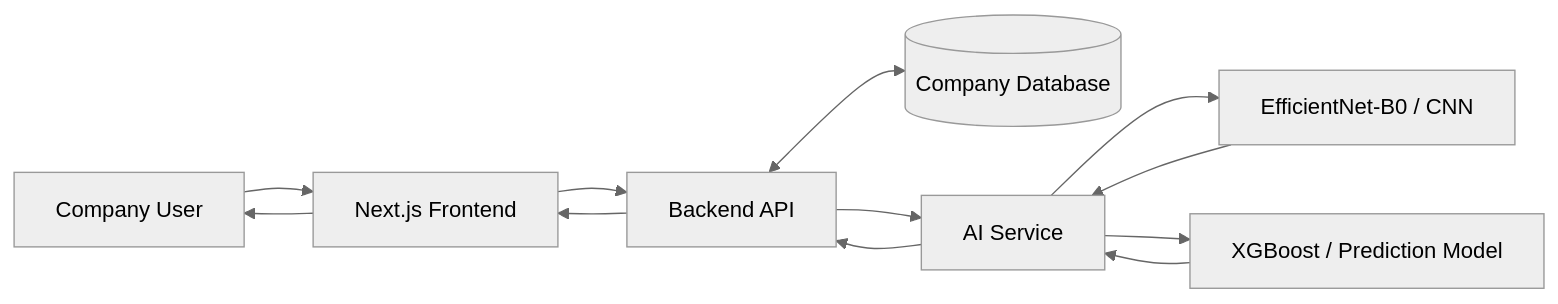
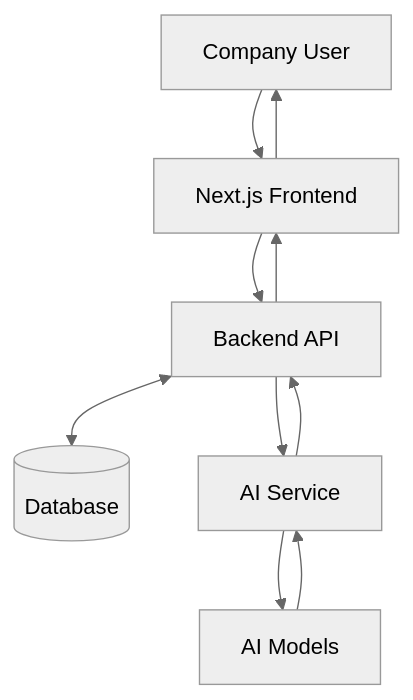
Before and after one commit to raykenzienazaru-dot/PNJ: the first of 4 diagrams in README.MD, drawn with Mermaid (neutral theme). The commit also changed other lines of this file and 2 other files, not shown here.

````diff
--- a/README.MD
+++ b/README.MD
@@ -230,18 +161,12 @@
 ```mermaid
-flowchart LR
+flowchart TD
     U[Company User] --> FE[Next.js Frontend]
     FE --> BE[Backend API]
-
-    BE <--> DB[(Company Database)]
-    BE --> AI[AI Service]
-
-    AI --> CNN[EfficientNet-B0 / CNN]
-    AI --> ML[XGBoost / Prediction Model]
-
-    CNN --> AI
-    ML --> AI
-
-    AI --> BE
+    BE <--> DB[(Database)]
+    BE --> AIS[AI Service]
+    AIS --> AIM[AI Models]
+    AIM --> AIS
+    AIS --> BE
     BE --> FE
     FE --> U
 ```
````
